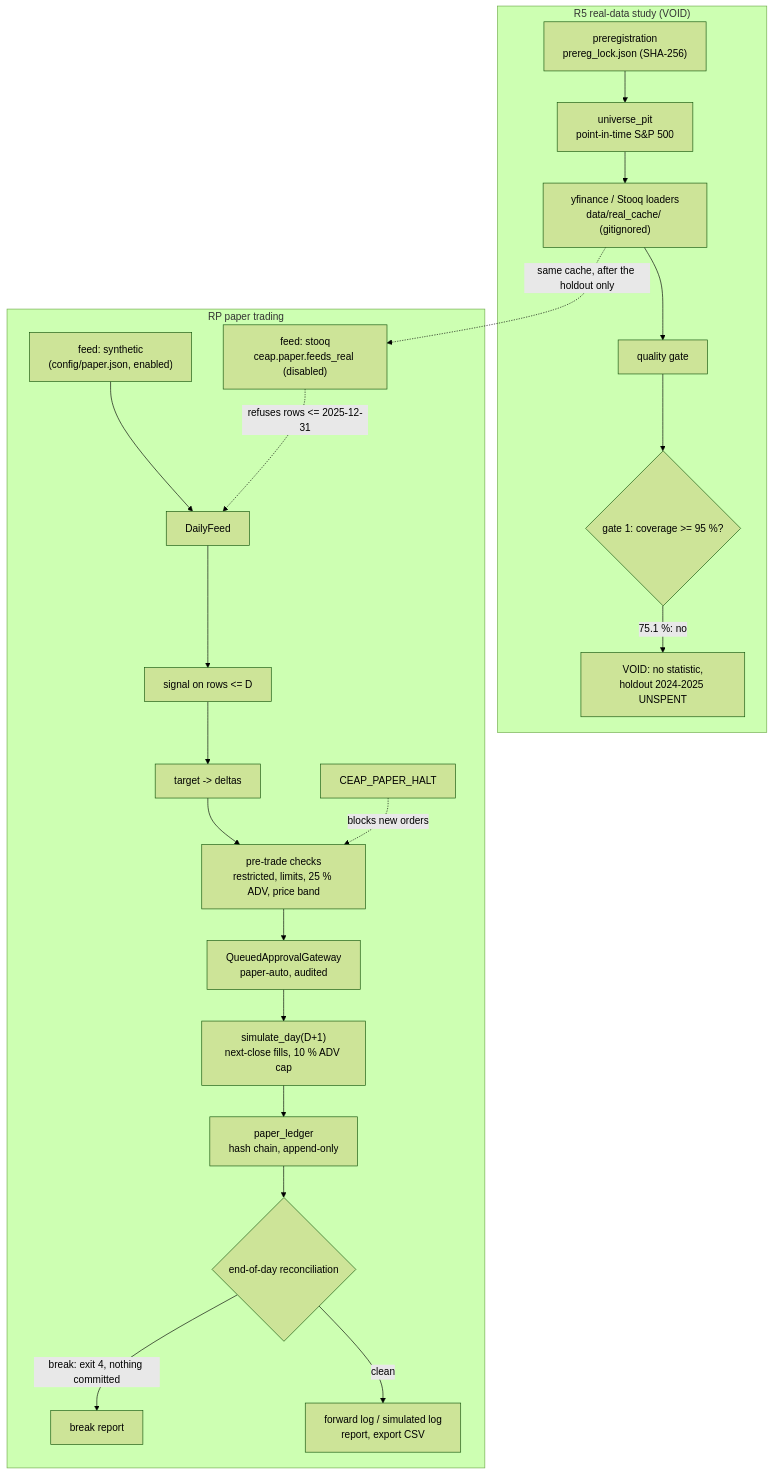
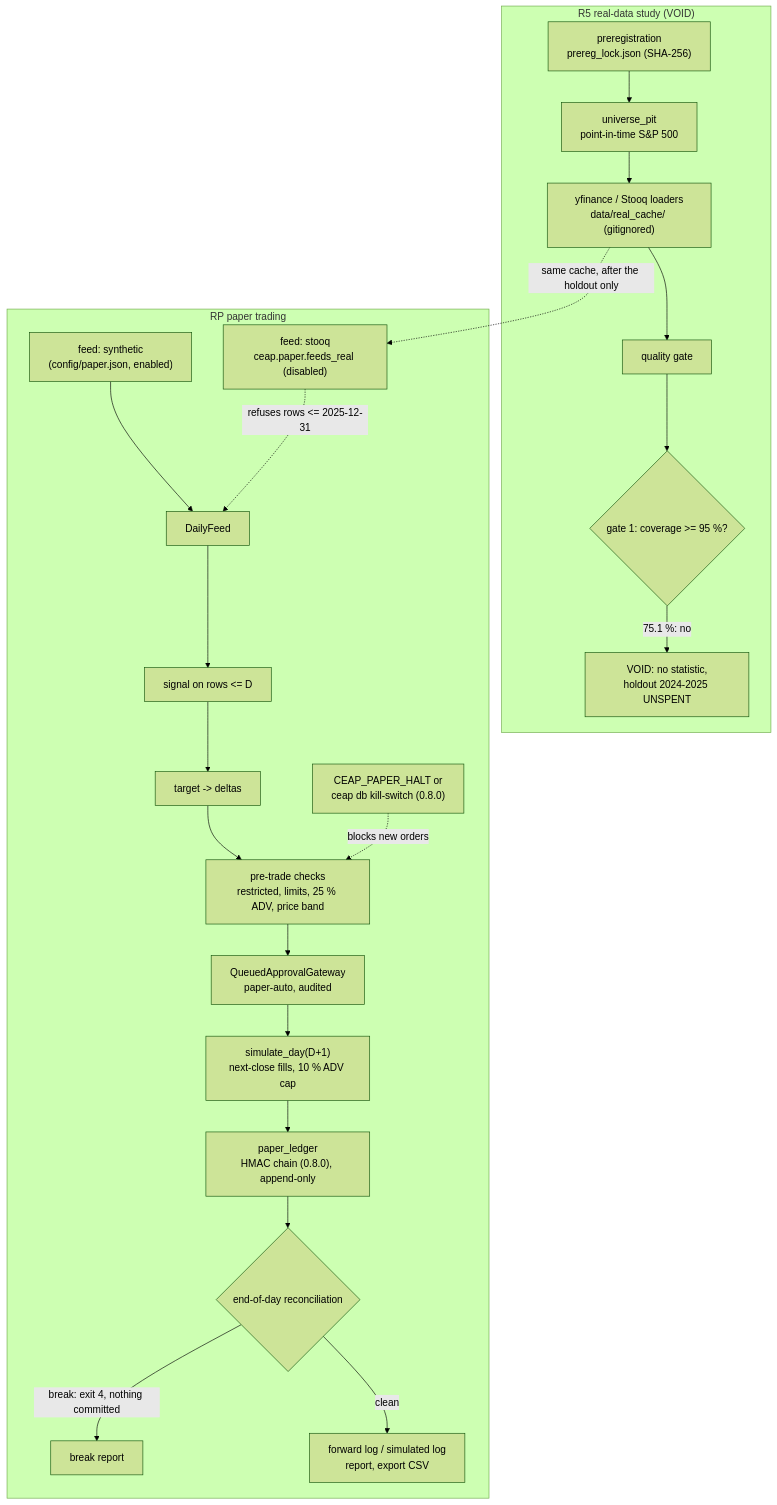
One commit to AshJha0/AgenticAICashEquities changed diagram 12 of 15 in docs/DIAGRAMS.md. Above: the diagram before and after it, drawn with Mermaid (forest theme). The commit also changed other lines of this file and 18 other files, not shown here.

````diff
--- a/docs/DIAGRAMS.md
+++ b/docs/DIAGRAMS.md
@@ -398,24 +401,24 @@
 ```mermaid
 flowchart TD
     subgraph R5["R5 real-data study (VOID)"]
         PRE["preregistration<br/>prereg_lock.json (SHA-256)"] --> UNI["universe_pit<br/>point-in-time S&P 500"]
         UNI --> LOAD["yfinance / Stooq loaders<br/>data/real_cache/ (gitignored)"]
         LOAD --> QG["quality gate"]
         QG --> G1{"gate 1: coverage >= 95 %?"}
         G1 -- "75.1 %: no" --> VOID["VOID: no statistic,<br/>holdout 2024-2025 UNSPENT"]
     end
     subgraph RP["RP paper trading"]
         SYN["feed: synthetic<br/>(config/paper.json, enabled)"] --> FEED["DailyFeed"]
         STQ["feed: stooq<br/>ceap.paper.feeds_real (disabled)"] -. "refuses rows <= 2025-12-31" .-> FEED
         FEED --> SIG["signal on rows <= D"] --> TGT["target -> deltas"]
         TGT --> PTC["pre-trade checks<br/>restricted, limits, 25 % ADV, price band"]
         PTC --> APR["QueuedApprovalGateway<br/>paper-auto, audited"]
         APR --> FILL["simulate_day(D+1)<br/>next-close fills, 10 % ADV cap"]
-        HALT["CEAP_PAPER_HALT"] -. "blocks new orders" .-> PTC
-        FILL --> LED["paper_ledger<br/>hash chain, append-only"]
+        HALT["CEAP_PAPER_HALT or<br/>ceap db kill-switch (0.8.0)"] -. "blocks new orders" .-> PTC
+        FILL --> LED["paper_ledger<br/>HMAC chain (0.8.0), append-only"]
         LED --> REC{"end-of-day reconciliation"}
         REC -- "break: exit 4, nothing committed" --> BRK["break report"]
         REC -- "clean" --> LOG["forward log / simulated log<br/>report, export CSV"]
     end
     LOAD -. "same cache, after the holdout only" .-> STQ
 ```
````
